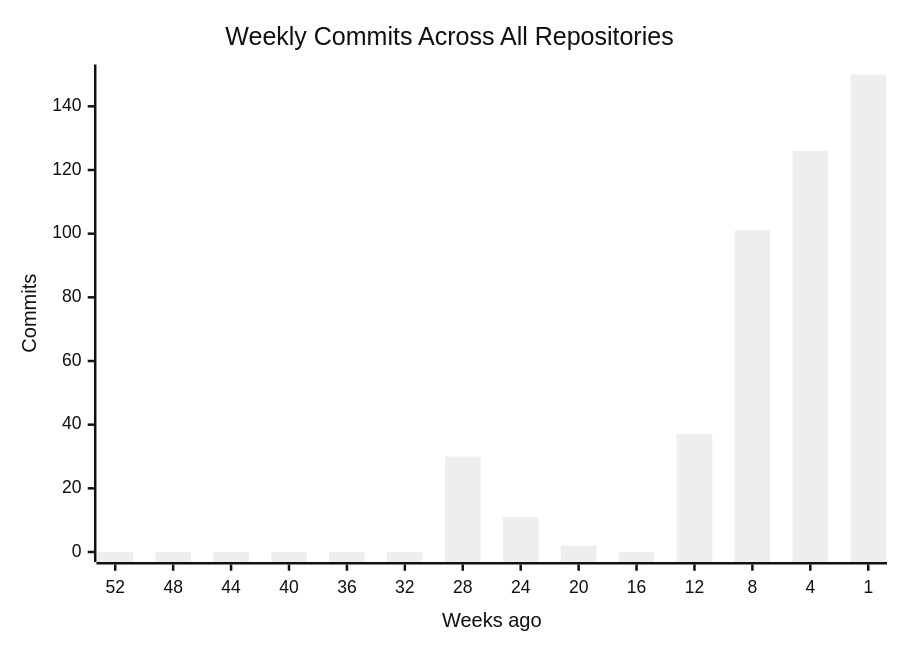
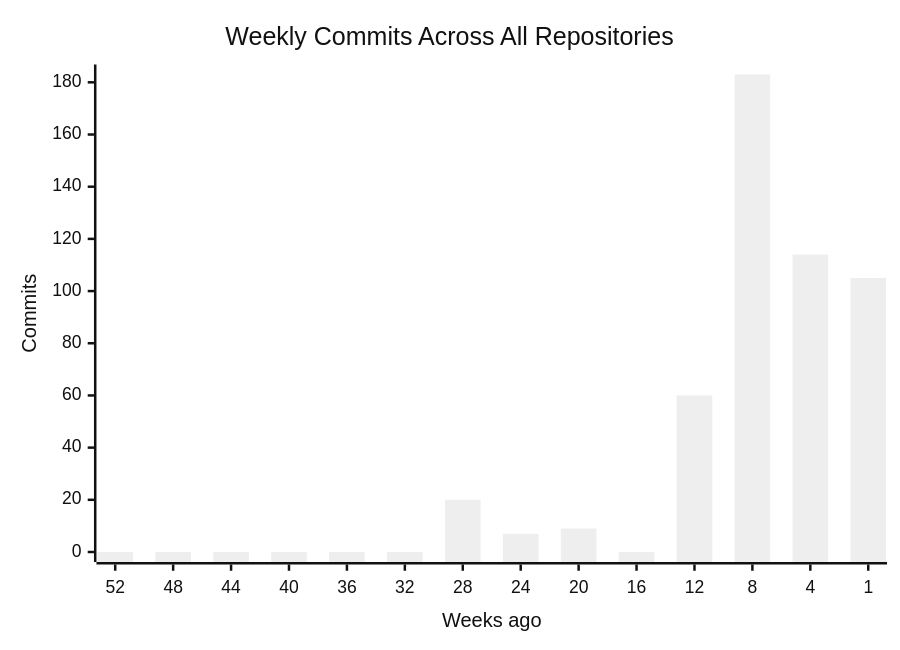
The first of 4 diagrams in profile/README.md (CSTH-Projects/.github), drawn with Mermaid (neutral theme) before and after one commit. The commit also changed other lines of this file, not shown here.

````diff
--- a/profile/README.md
+++ b/profile/README.md
@@ -16,7 +16,7 @@
 ```mermaid
 xychart-beta
     title "Weekly Commits Across All Repositories"
     x-axis "Weeks ago" [52, 48, 44, 40, 36, 32, 28, 24, 20, 16, 12, 8, 4, 1]
     y-axis "Commits"
-    bar [0, 0, 0, 0, 0, 0, 30, 11, 2, 0, 37, 101, 126, 150]
+    bar [0, 0, 0, 0, 0, 0, 20, 7, 9, 0, 60, 183, 114, 105]
 ```
````
